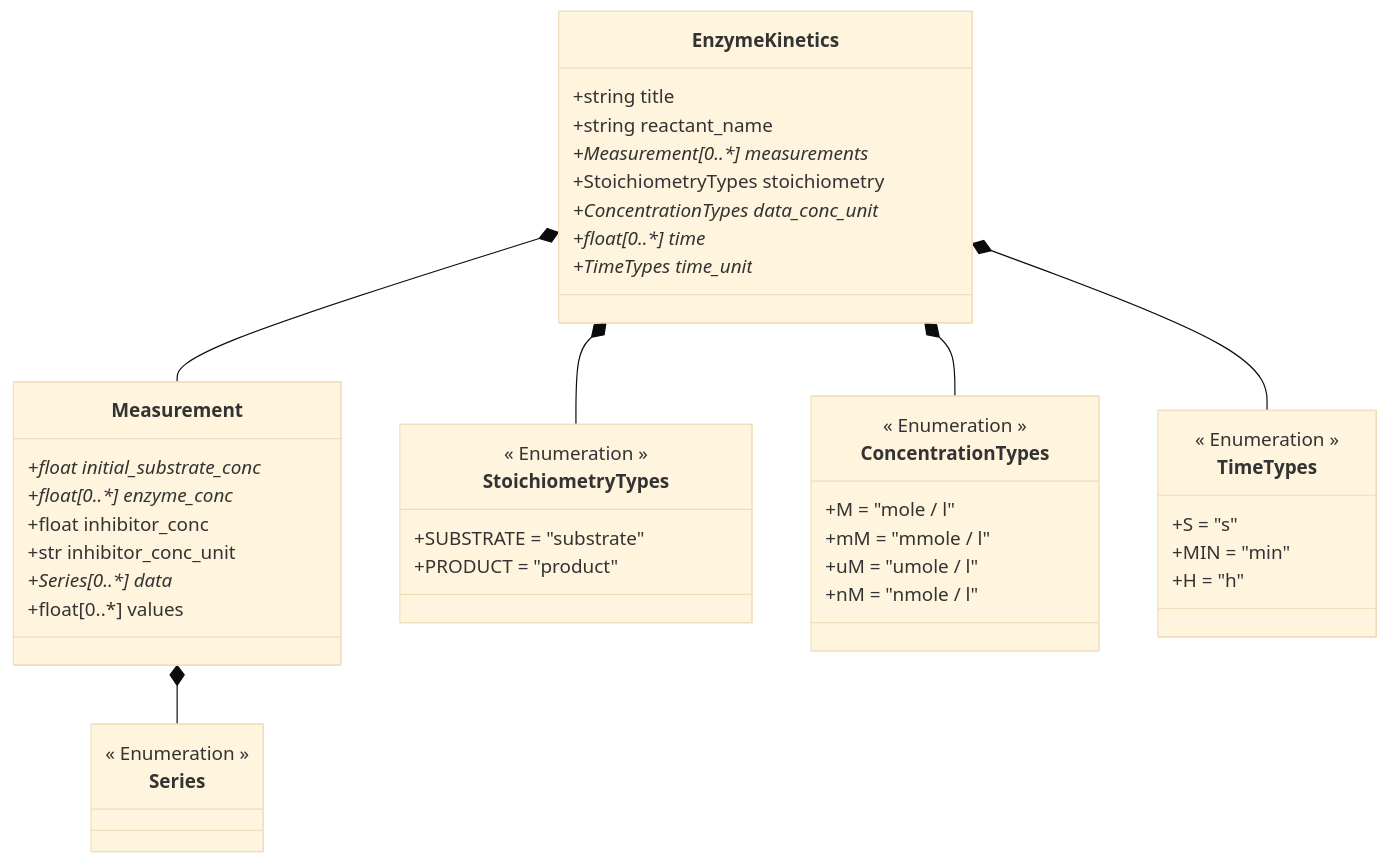
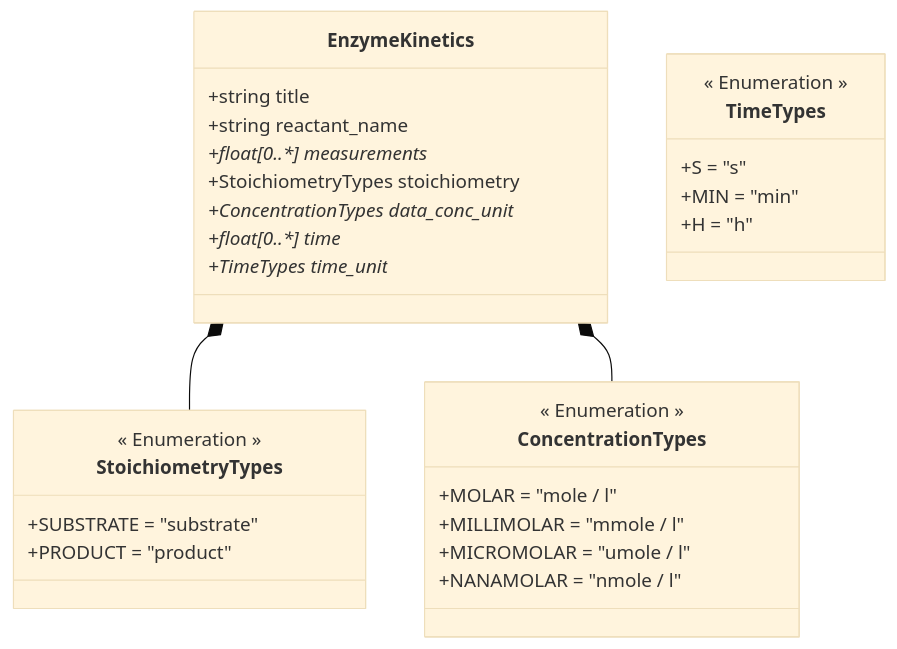
Before and after one commit to FAIRChemistry/EnzymePynetics: the diagram in EnzymeKinetics/schemes/EnzymeKineticsDatamodel.md, drawn with Mermaid (base theme). The commit also changed 3 other files, not shown here.

````diff
--- a/EnzymeKinetics/schemes/EnzymeKineticsDatamodel.md
+++ b/EnzymeKinetics/schemes/EnzymeKineticsDatamodel.md
@@ -1,53 +1,37 @@
 ```mermaid
 classDiagram
-    EnzymeKinetics *-- Measurement
     EnzymeKinetics *-- StoichiometryTypes
     EnzymeKinetics *-- ConcentrationTypes
-    EnzymeKinetics *-- TimeTypes
-    Measurement *-- Series
     
     class EnzymeKinetics {
         +string title
         +string reactant_name
-        +Measurement[0..*] measurements*
+        +float[0..*] measurements*
         +StoichiometryTypes stoichiometry
         +ConcentrationTypes data_conc_unit*
         +float[0..*] time*
         +TimeTypes time_unit*
     }
     
-    class Measurement {
-        +float initial_substrate_conc*
-        +float[0..*] enzyme_conc*
-        +float inhibitor_conc
-        +str inhibitor_conc_unit
-        +Series[0..*] data*
-        +float[0..*] values
-    }
-    
-    class Series {
-        << Enumeration >>
-    }
-    
     class StoichiometryTypes {
         << Enumeration >>
         +SUBSTRATE = "substrate"
         +PRODUCT = "product"
+    }
+    
+    class ConcentrationTypes {
+        << Enumeration >>
+        +MOLAR = "mole / l"
+        +MILLIMOLAR = "mmole / l"
+        +MICROMOLAR = "umole / l"
+        +NANAMOLAR = "nmole / l"
     }
     
     class TimeTypes {
         << Enumeration >>
         +S = "s"
         +MIN = "min"
         +H = "h"
     }
     
-    class ConcentrationTypes {
-        << Enumeration >>
-        +M = "mole / l"
-        +mM = "mmole / l"
-        +uM = "umole / l"
-        +nM = "nmole / l"
-    }
-    
 ```
````
